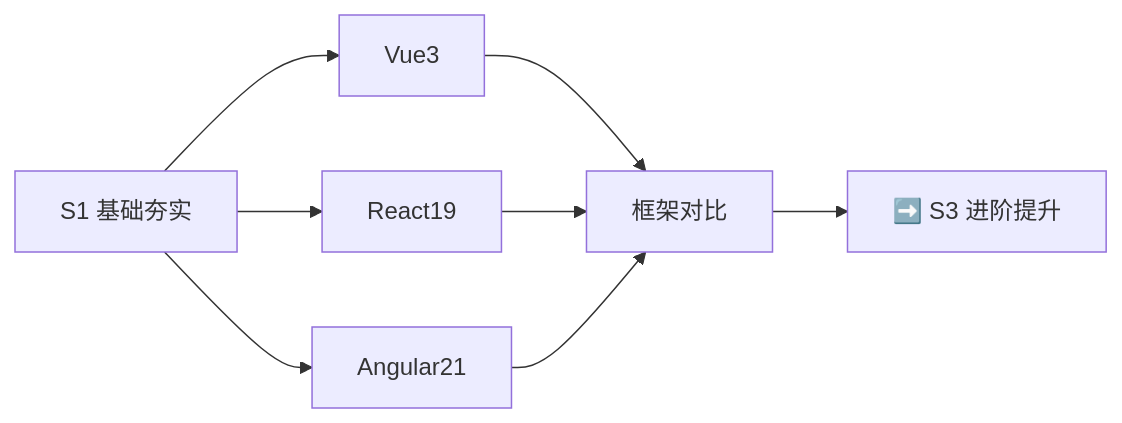
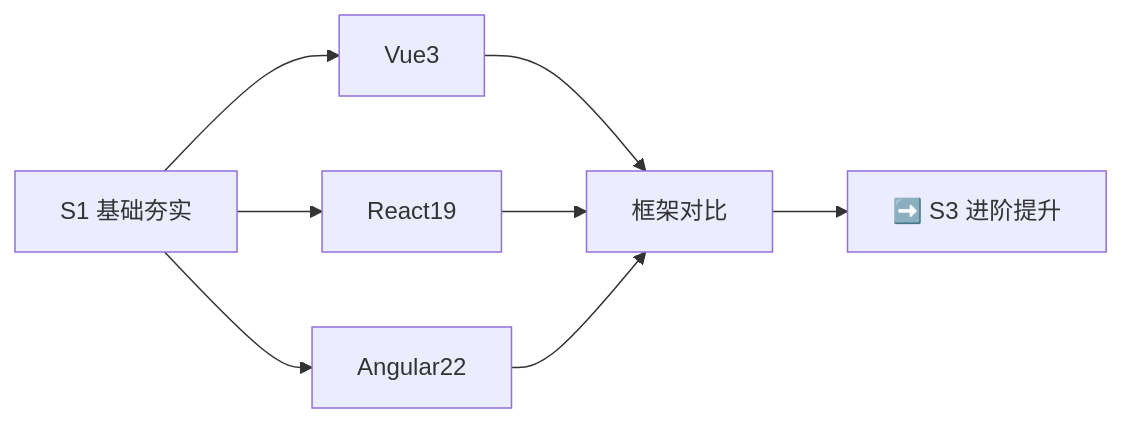
One commit to KMaybe01/interview-demo changed the diagram in docs/S2-框架深入/index.md. Above: the diagram before and after it, drawn with Mermaid. The commit also changed other lines of this file and 225 other files, not shown here.

````diff
--- a/docs/S2-框架深入/index.md
+++ b/docs/S2-框架深入/index.md
@@ -15,10 +15,10 @@
 ```mermaid
 graph LR
     S1["S1 基础夯实"] --> Vue["Vue3"]
     S1 --> React["React19"]
-    S1 --> Angular["Angular21"]
+    S1 --> Angular["Angular22"]
     Vue --> Compare["框架对比"]
     React --> Compare
     Angular --> Compare
     Compare --> S3["➡️ S3 进阶提升"]
 ```
````
